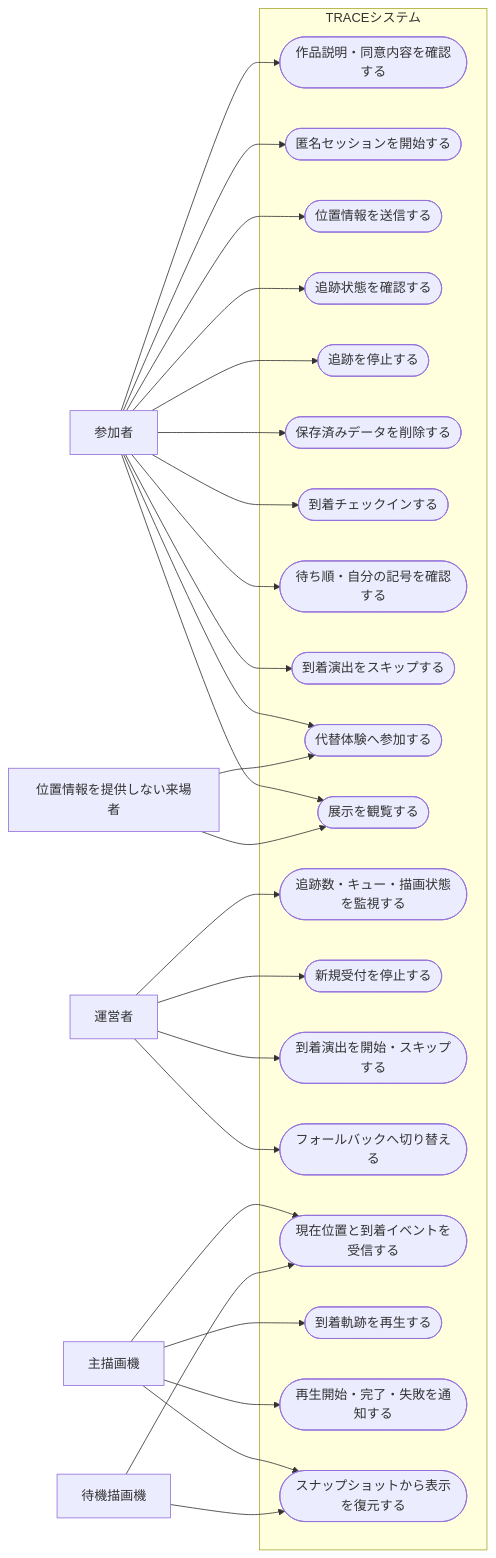
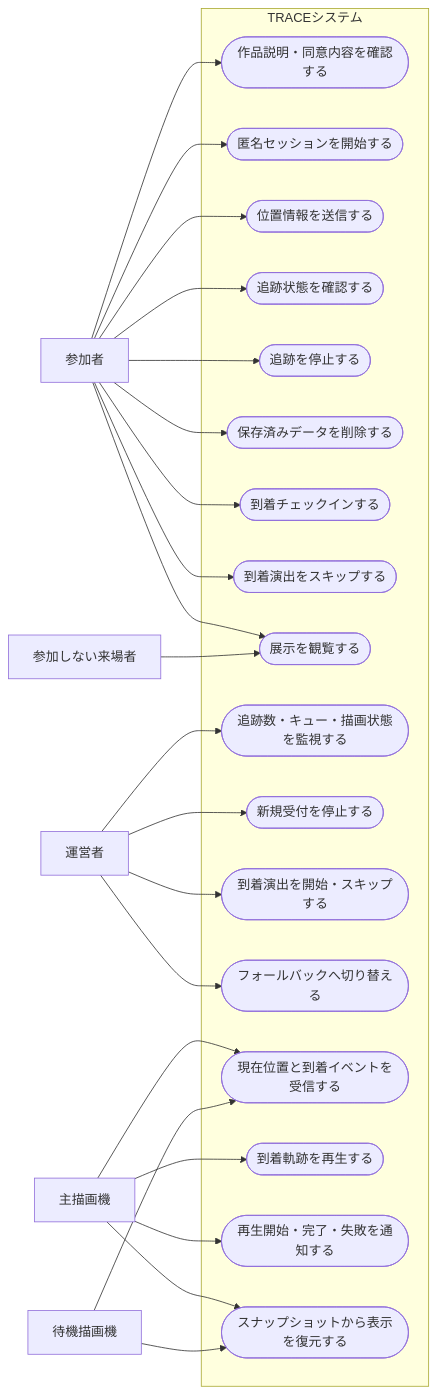
Before and after one commit to Mino829/trace-campus-installation: the first of 6 diagrams in docs/uml-diagrams.md, drawn with Mermaid. The commit also changed other lines of this file and 14 other files, not shown here.

````diff
--- a/docs/uml-diagrams.md
+++ b/docs/uml-diagrams.md
@@ -20,59 +20,54 @@
 ```mermaid
 flowchart LR
     Participant["参加者"]
-    Visitor["位置情報を提供しない来場者"]
+    Visitor["参加しない来場者"]
     Operator["運営者"]
     PrimaryRenderer["主描画機"]
     StandbyRenderer["待機描画機"]
 
     subgraph TraceSystem["TRACEシステム"]
         UC01(["作品説明・同意内容を確認する"])
         UC02(["匿名セッションを開始する"])
         UC03(["位置情報を送信する"])
         UC04(["追跡状態を確認する"])
         UC05(["追跡を停止する"])
         UC06(["保存済みデータを削除する"])
         UC07(["到着チェックインする"])
-        UC08(["待ち順・自分の記号を確認する"])
         UC09(["到着演出をスキップする"])
-        UC10(["代替体験へ参加する"])
         UC11(["展示を観覧する"])
 
         UC20(["追跡数・キュー・描画状態を監視する"])
         UC21(["新規受付を停止する"])
         UC22(["到着演出を開始・スキップする"])
         UC23(["フォールバックへ切り替える"])
 
         UC30(["現在位置と到着イベントを受信する"])
         UC31(["到着軌跡を再生する"])
         UC32(["再生開始・完了・失敗を通知する"])
         UC33(["スナップショットから表示を復元する"])
     end
 
     Participant --> UC01
     Participant --> UC02
     Participant --> UC03
     Participant --> UC04
     Participant --> UC05
     Participant --> UC06
     Participant --> UC07
-    Participant --> UC08
     Participant --> UC09
-    Participant --> UC10
     Participant --> UC11
 
-    Visitor --> UC10
     Visitor --> UC11
 
     Operator --> UC20
     Operator --> UC21
     Operator --> UC22
     Operator --> UC23
 
     PrimaryRenderer --> UC30
     PrimaryRenderer --> UC31
     PrimaryRenderer --> UC32
     PrimaryRenderer --> UC33
     StandbyRenderer --> UC30
     StandbyRenderer --> UC33
 ```
````
